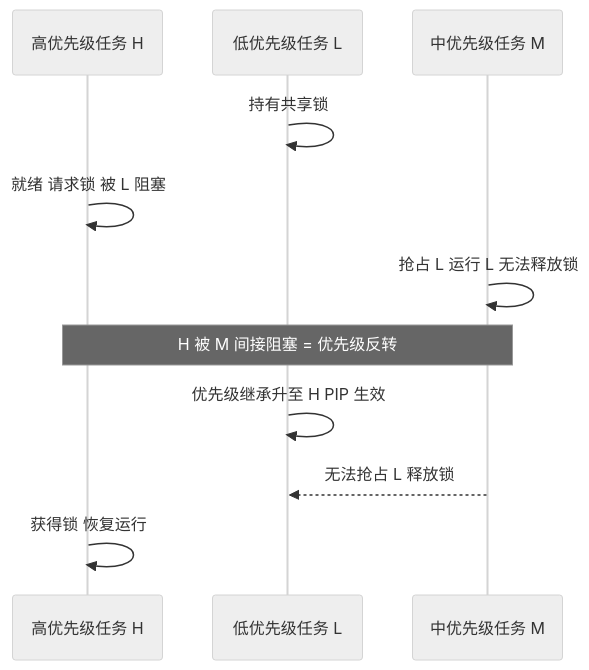
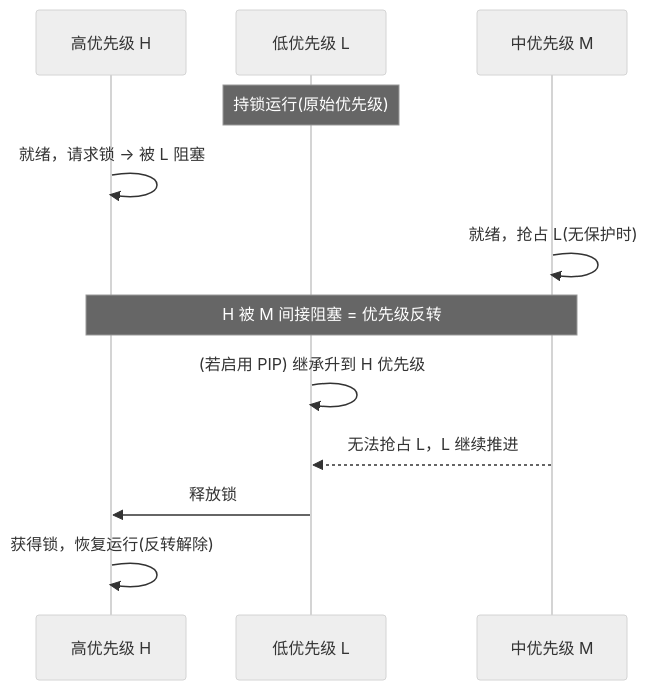
One commit to 1208826038/embedded-skill-notes changed the second of 11 diagrams in articles/02-rtos-tuning.md. Above: the diagram before and after it, drawn with Mermaid (neutral theme). The commit also changed other lines of this file, not shown here.

````diff
--- a/articles/02-rtos-tuning.md
+++ b/articles/02-rtos-tuning.md
@@ -87,13 +171,14 @@
 ```mermaid
 sequenceDiagram
-    participant H as 高优先级任务 H
-    participant L as 低优先级任务 L
-    participant M as 中优先级任务 M
-    L->>L: 持有共享锁
-    H->>H: 就绪 请求锁 被 L 阻塞
-    M->>M: 抢占 L 运行 L 无法释放锁
+    participant H as 高优先级 H
+    participant L as 低优先级 L
+    participant M as 中优先级 M
+    Note over L: 持锁运行(原始优先级)
+    H->>H: 就绪，请求锁 → 被 L 阻塞
+    M->>M: 就绪，抢占 L(无保护时)
     Note over H,M: H 被 M 间接阻塞 = 优先级反转
-    L->>L: 优先级继承升至 H PIP 生效
-    M-->>L: 无法抢占 L 释放锁
-    H->>H: 获得锁 恢复运行
+    L->>L: (若启用 PIP) 继承升到 H 优先级
+    M-->>L: 无法抢占 L，L 继续推进
+    L->>H: 释放锁
+    H->>H: 获得锁，恢复运行(反转解除)
 ```
````
